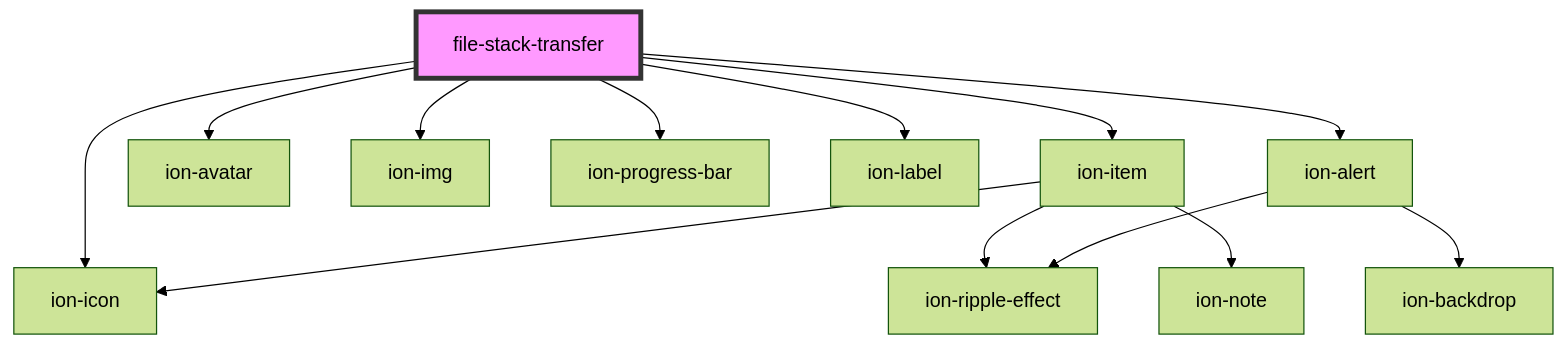
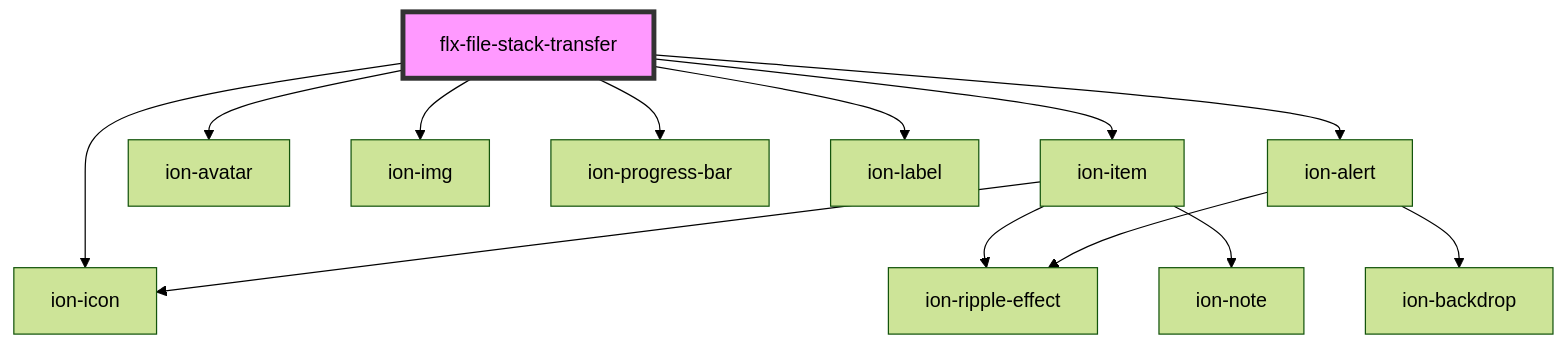
One commit to Scan0815/felix-core changed the diagram in src/components/file/stack-transfer/readme.md. Above: the diagram before and after it, drawn with Mermaid (forest theme). The commit also changed 16 other files, not shown here.

````diff
--- a/src/components/file/stack-transfer/readme.md
+++ b/src/components/file/stack-transfer/readme.md
@@ -48,16 +48,16 @@
 ```mermaid
 graph TD;
-  file-stack-transfer --> ion-item
-  file-stack-transfer --> ion-avatar
-  file-stack-transfer --> ion-img
-  file-stack-transfer --> ion-icon
-  file-stack-transfer --> ion-progress-bar
-  file-stack-transfer --> ion-label
-  file-stack-transfer --> ion-alert
+  flx-file-stack-transfer --> ion-item
+  flx-file-stack-transfer --> ion-avatar
+  flx-file-stack-transfer --> ion-img
+  flx-file-stack-transfer --> ion-icon
+  flx-file-stack-transfer --> ion-progress-bar
+  flx-file-stack-transfer --> ion-label
+  flx-file-stack-transfer --> ion-alert
   ion-item --> ion-icon
   ion-item --> ion-ripple-effect
   ion-item --> ion-note
   ion-alert --> ion-ripple-effect
   ion-alert --> ion-backdrop
-  style file-stack-transfer fill:#f9f,stroke:#333,stroke-width:4px
+  style flx-file-stack-transfer fill:#f9f,stroke:#333,stroke-width:4px
 ```
````
